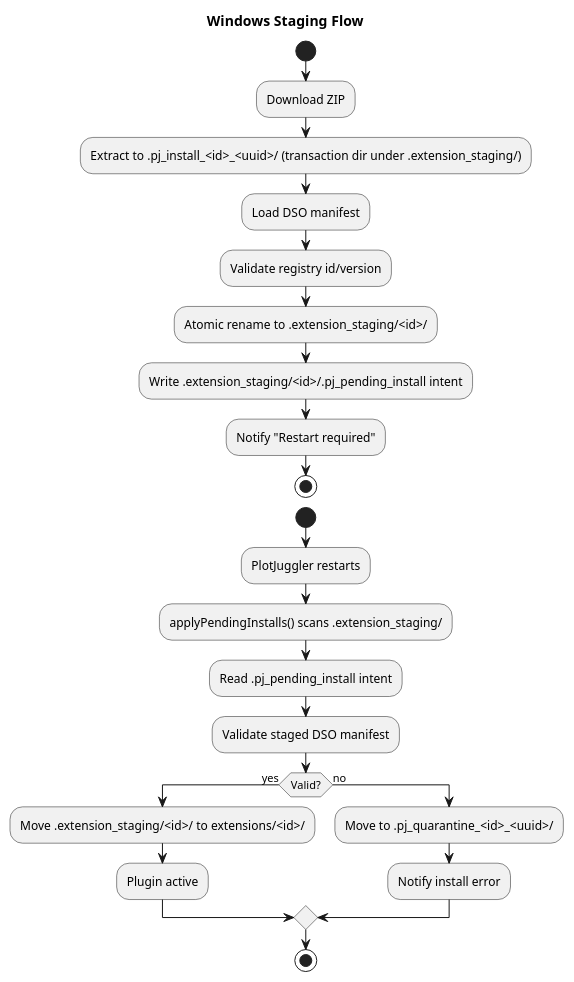
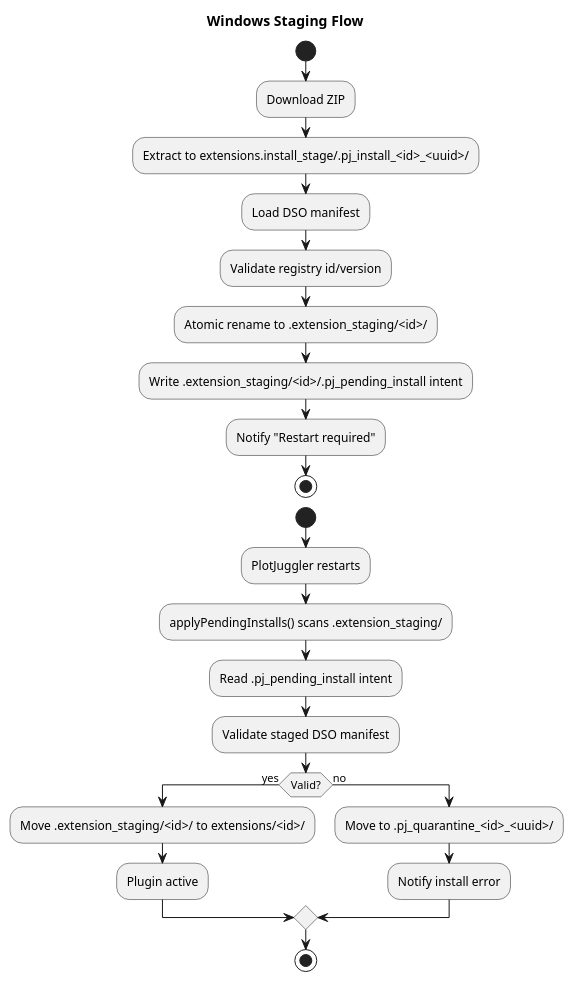
One commit to ferrolho/PlotJuggler changed the third of 4 diagrams in pj_marketplace/docs/ARCHITECTURE.md. Above: the diagram before and after it, drawn with PlantUML. The commit also changed other lines of this file and 4 other files, not shown here.

First line of the commit message:
fix(marketplace): create install transaction roots outside the scanned extensions tree (#547)

````diff
--- a/pj_marketplace/docs/ARCHITECTURE.md
+++ b/pj_marketplace/docs/ARCHITECTURE.md
@@ -313,31 +317,31 @@
 ```plantuml
 @startuml
 skinparam backgroundColor white
 
 title Windows Staging Flow
 
 start
 :Download ZIP;
-:Extract to .pj_install_<id>_<uuid>/ (transaction dir under .extension_staging/);
+:Extract to extensions.install_stage/.pj_install_<id>_<uuid>/;
 :Load DSO manifest;
 :Validate registry id/version;
 :Atomic rename to .extension_staging/<id>/;
 :Write .extension_staging/<id>/.pj_pending_install intent;
 :Notify "Restart required";
 stop
 
 start
 :PlotJuggler restarts;
 :applyPendingInstalls() scans .extension_staging/;
 :Read .pj_pending_install intent;
 :Validate staged DSO manifest;
 if (Valid?) then (yes)
   :Move .extension_staging/<id>/ to extensions/<id>/;
   :Plugin active;
 else (no)
   :Move to .pj_quarantine_<id>_<uuid>/;
   :Notify install error;
 endif
 stop
 @enduml
 ```
````
